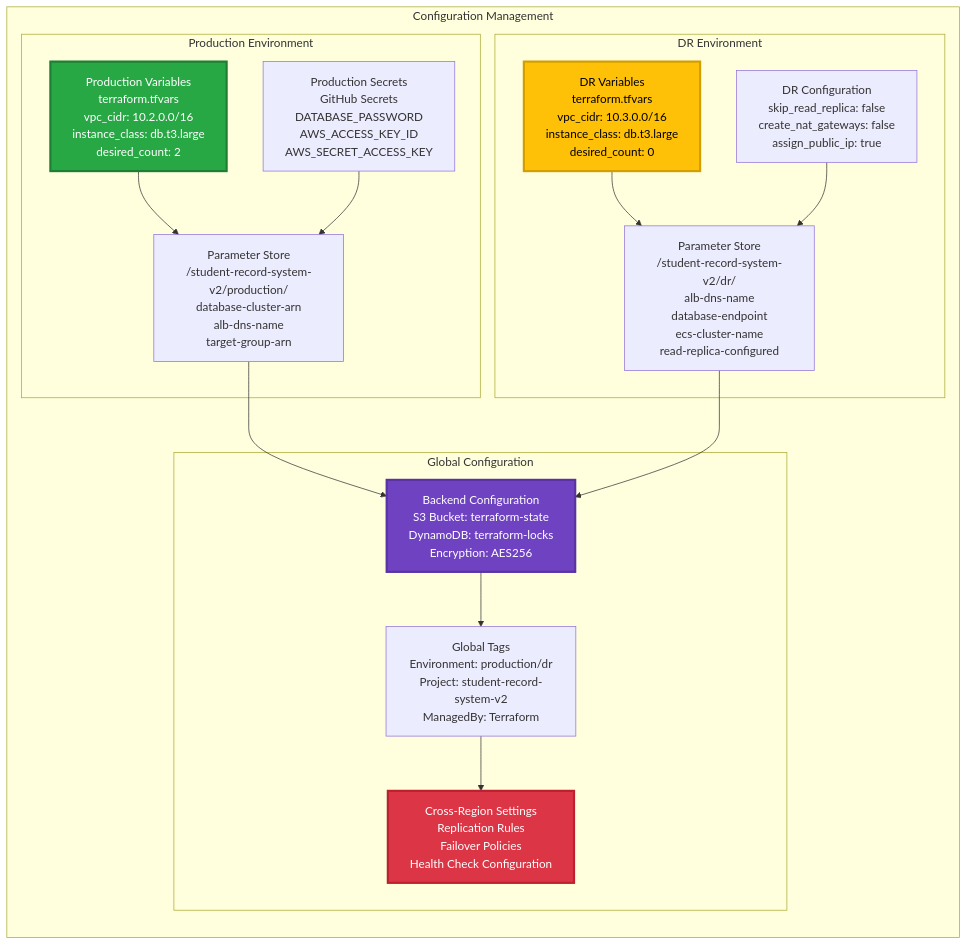
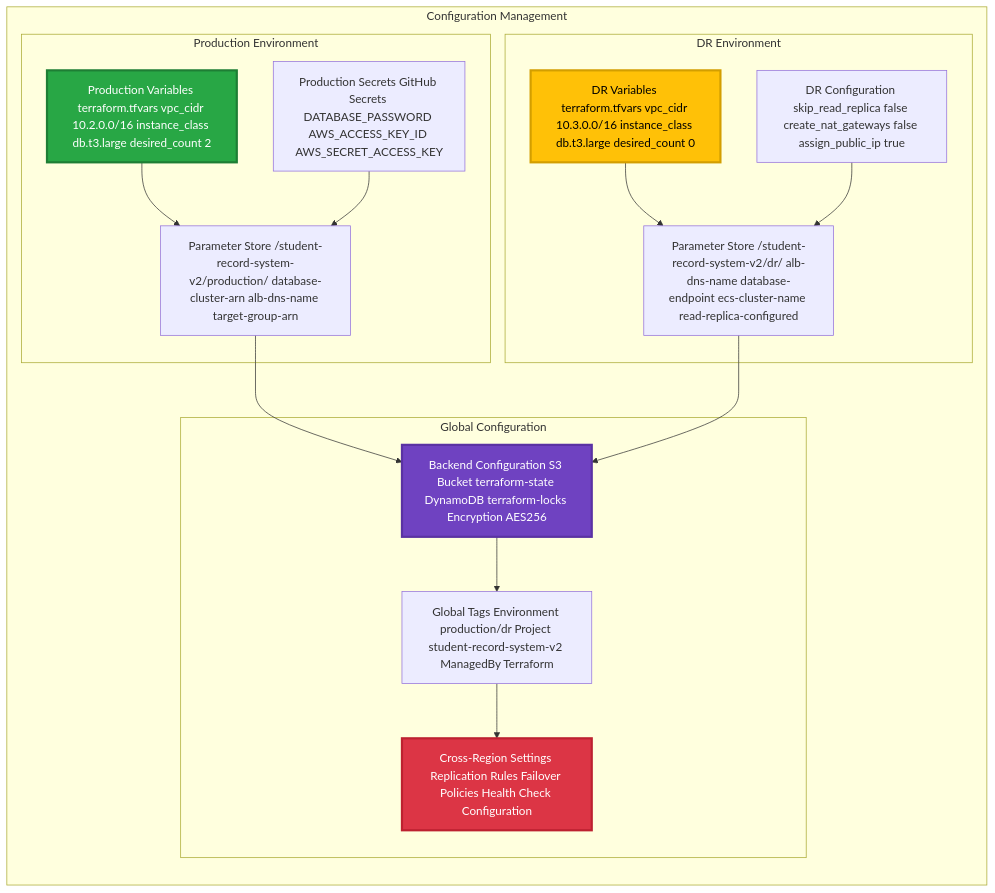
One commit to mangucletus/disaster-recovery-for-containerized-lamp-stack-application changed the eighth of 20 diagrams in README.md. Above: the diagram before and after it, drawn with Mermaid. The commit also changed other lines of this file, not shown here.

````diff
--- a/README.md
+++ b/README.md
@@ -590,37 +590,37 @@
 ```mermaid
 graph LR
     subgraph "Configuration Management"
         subgraph "Production Environment"
-            ProdVars[Production Variables<br/>terraform.tfvars<br/>vpc_cidr: 10.2.0.0/16<br/>instance_class: db.t3.large<br/>desired_count: 2]
-            ProdSecrets[Production Secrets<br/>GitHub Secrets<br/>DATABASE_PASSWORD<br/>AWS_ACCESS_KEY_ID<br/>AWS_SECRET_ACCESS_KEY]
-            ProdParams[Parameter Store<br/>/student-record-system-v2/production/<br/>database-cluster-arn<br/>alb-dns-name<br/>target-group-arn]
+            ProdVars[Production Variables terraform.tfvars vpc_cidr 10.2.0.0/16 instance_class db.t3.large desired_count 2]
+            ProdSecrets[Production Secrets GitHub Secrets DATABASE_PASSWORD AWS_ACCESS_KEY_ID AWS_SECRET_ACCESS_KEY]
+            ProdParams[Parameter Store /student-record-system-v2/production/ database-cluster-arn alb-dns-name target-group-arn]
         end
         
         subgraph "DR Environment"
-            DRVars[DR Variables<br/>terraform.tfvars<br/>vpc_cidr: 10.3.0.0/16<br/>instance_class: db.t3.large<br/>desired_count: 0]
-            DRParams[Parameter Store<br/>/student-record-system-v2/dr/<br/>alb-dns-name<br/>database-endpoint<br/>ecs-cluster-name<br/>read-replica-configured]
-            DRConfig[DR Configuration<br/>skip_read_replica: false<br/>create_nat_gateways: false<br/>assign_public_ip: true]
+            DRVars[DR Variables terraform.tfvars vpc_cidr 10.3.0.0/16 instance_class db.t3.large desired_count 0]
+            DRParams[Parameter Store /student-record-system-v2/dr/ alb-dns-name database-endpoint ecs-cluster-name read-replica-configured]
+            DRConfig[DR Configuration skip_read_replica false create_nat_gateways false assign_public_ip true]
         end
         
         subgraph "Global Configuration"
-            BackendConfig[Backend Configuration<br/>S3 Bucket: terraform-state<br/>DynamoDB: terraform-locks<br/>Encryption: AES256]
-            GlobalTags[Global Tags<br/>Environment: production/dr<br/>Project: student-record-system-v2<br/>ManagedBy: Terraform]
-            CrossRegion[Cross-Region Settings<br/>Replication Rules<br/>Failover Policies<br/>Health Check Configuration]
+            BackendConfig[Backend Configuration S3 Bucket terraform-state DynamoDB terraform-locks Encryption AES256]
+            GlobalTags[Global Tags Environment production/dr Project student-record-system-v2 ManagedBy Terraform]
+            CrossRegion[Cross-Region Settings Replication Rules Failover Policies Health Check Configuration]
         end
     end
     
     ProdVars --> ProdParams
     ProdSecrets --> ProdParams
     DRVars --> DRParams
     DRConfig --> DRParams
     
     ProdParams --> BackendConfig
     DRParams --> BackendConfig
     BackendConfig --> GlobalTags
     GlobalTags --> CrossRegion
     
     style ProdVars fill:#28a745,color:#ffffff,stroke:#1e7e34,stroke-width:3px
     style DRVars fill:#ffc107,color:#000000,stroke:#d39e00,stroke-width:3px
     style BackendConfig fill:#6f42c1,color:#ffffff,stroke:#5a32a3,stroke-width:3px
     style CrossRegion fill:#dc3545,color:#ffffff,stroke:#bd2130,stroke-width:3px
 ```
````
